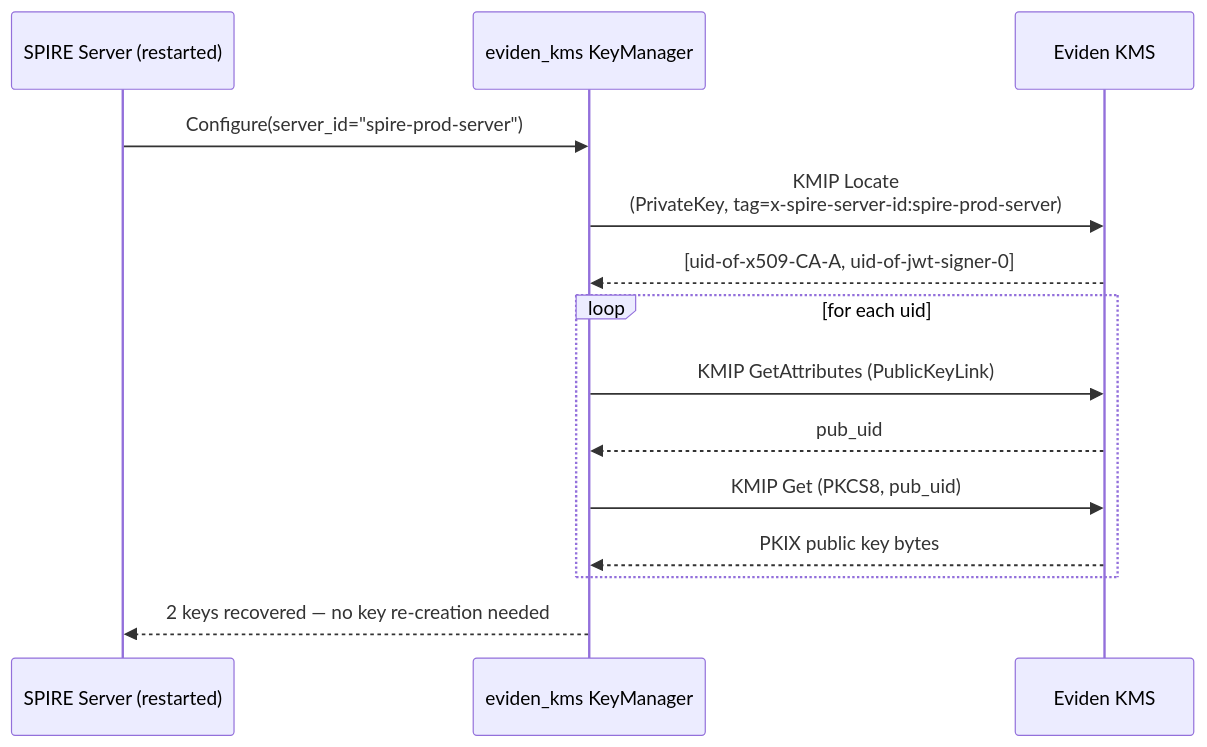
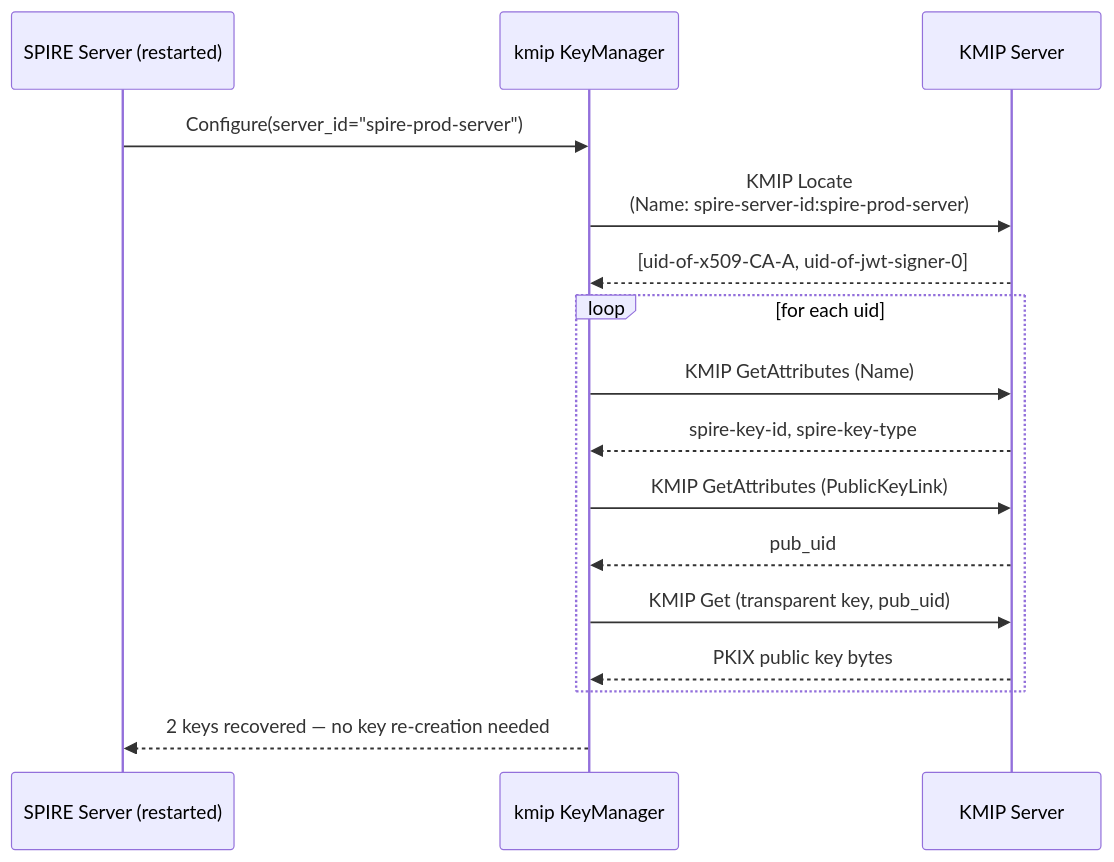
One commit to Cosmian/kms changed the fifth of 5 diagrams in documentation/docs/integrations/spire_spiffe_kmip_plugin.md. Above: the diagram before and after it, drawn with Mermaid. The commit also changed other lines of this file and 2 other files, not shown here.

First line of the commit message:
test(spire): add e2e test for kmip plugins over binary KMIP TCP/TLS

````diff
--- a/documentation/docs/integrations/spire_spiffe_kmip_plugin.md
+++ b/documentation/docs/integrations/spire_spiffe_kmip_plugin.md
@@ -396,17 +443,19 @@
 ```mermaid
 sequenceDiagram
     participant S as SPIRE Server (restarted)
-    participant KM as eviden_kms KeyManager
-    participant KMS as Eviden KMS
+    participant KM as kmip KeyManager
+    participant KMS as KMIP Server
 
     S->>KM: Configure(server_id="spire-prod-server")
-    KM->>KMS: KMIP Locate<br/>(PrivateKey, tag=x-spire-server-id:spire-prod-server)
+    KM->>KMS: KMIP Locate<br/>(Name: spire-server-id:spire-prod-server)
     KMS-->>KM: [uid-of-x509-CA-A, uid-of-jwt-signer-0]
     loop for each uid
+        KM->>KMS: KMIP GetAttributes (Name)
+        KMS-->>KM: spire-key-id, spire-key-type
         KM->>KMS: KMIP GetAttributes (PublicKeyLink)
         KMS-->>KM: pub_uid
-        KM->>KMS: KMIP Get (PKCS8, pub_uid)
+        KM->>KMS: KMIP Get (transparent key, pub_uid)
         KMS-->>KM: PKIX public key bytes
     end
     KM-->>S: 2 keys recovered — no key re-creation needed
 ```
````
